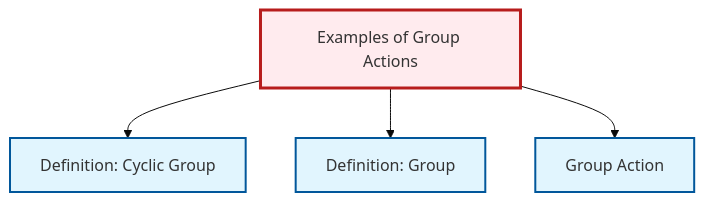
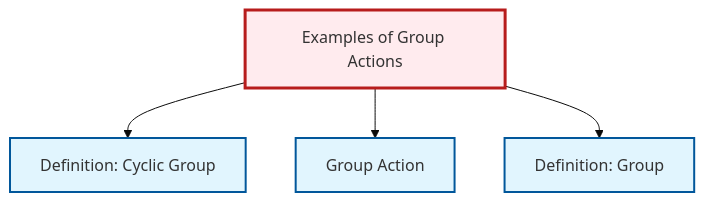
Before and after one commit to RK0429/ModernMath: the diagram in content/ja/algebra/ex-group-action-examples.qmd, drawn with Mermaid (base theme). The commit also changed other lines of this file and 360 other files, not shown here.

````diff
--- a/content/ja/algebra/ex-group-action-examples.qmd
+++ b/content/ja/algebra/ex-group-action-examples.qmd
@@ -74,20 +74,20 @@
 ```{mermaid}
 %%| fig-cap: "Local dependency graph"
 graph TD
     classDef definition fill:#e1f5fe,stroke:#01579b,stroke-width:2px
     classDef theorem fill:#f3e5f5,stroke:#4a148c,stroke-width:2px
     classDef axiom fill:#fff3e0,stroke:#e65100,stroke-width:2px
     classDef example fill:#e8f5e9,stroke:#1b5e20,stroke-width:2px
     classDef current fill:#ffebee,stroke:#b71c1c,stroke-width:3px
     def-group-action["Group Action"]:::definition
+    def-cyclic-group["Definition: Cyclic Group"]:::definition
     ex-group-action-examples["Examples of Group Actions"]:::example
     def-group["Definition: Group"]:::definition
-    def-cyclic-group["Definition: Cyclic Group"]:::definition
     ex-group-action-examples --> def-cyclic-group
+    ex-group-action-examples --> def-group-action
     ex-group-action-examples --> def-group
-    ex-group-action-examples --> def-group-action
     class ex-group-action-examples current
     click def-group-action "def-group-action.html" "Group Actionへ"
+    click def-cyclic-group "def-cyclic-group.html" "Definition: Cyclic Groupへ"
     click def-group "def-group.html" "Definition: Groupへ"
-    click def-cyclic-group "def-cyclic-group.html" "Definition: Cyclic Groupへ"
 ```
````
